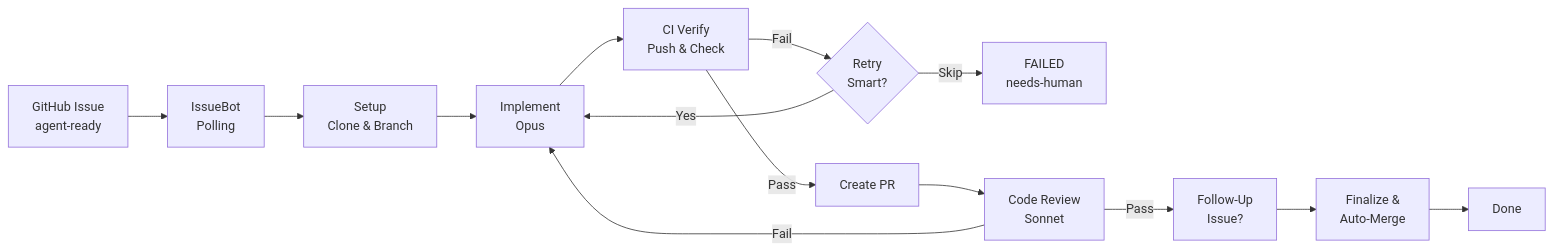
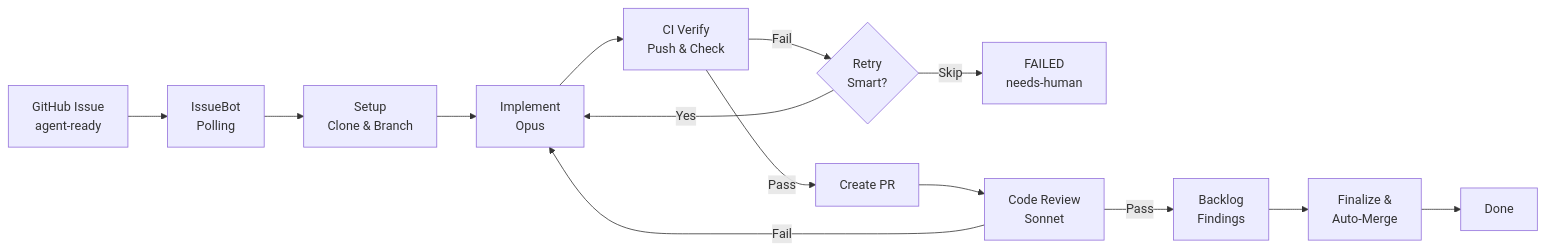
The first of 2 diagrams in README.md (dbbaskette/IssueBot), drawn with Mermaid before and after one commit. The commit also changed other lines of this file and 8 other files, not shown here.

````diff
--- a/README.md
+++ b/README.md
@@ -13,16 +13,16 @@
 ```mermaid
 flowchart LR
     A[GitHub Issue<br>agent-ready] --> B[IssueBot<br>Polling]
     B --> C[Setup<br>Clone & Branch]
     C --> D[Implement<br>Opus]
     D --> E[CI Verify<br>Push & Check]
     E -->|Fail| F{Retry<br>Smart?}
     F -->|Skip| G[FAILED<br>needs-human]
     F -->|Yes| D
     E -->|Pass| H[Create PR]
     H --> I[Code Review<br>Sonnet]
     I -->|Fail| D
-    I -->|Pass| J[Follow-Up<br>Issue?]
+    I -->|Pass| J[Backlog<br>Findings]
     J --> K[Finalize &<br>Auto-Merge]
     K --> L[Done]
 ```
````
